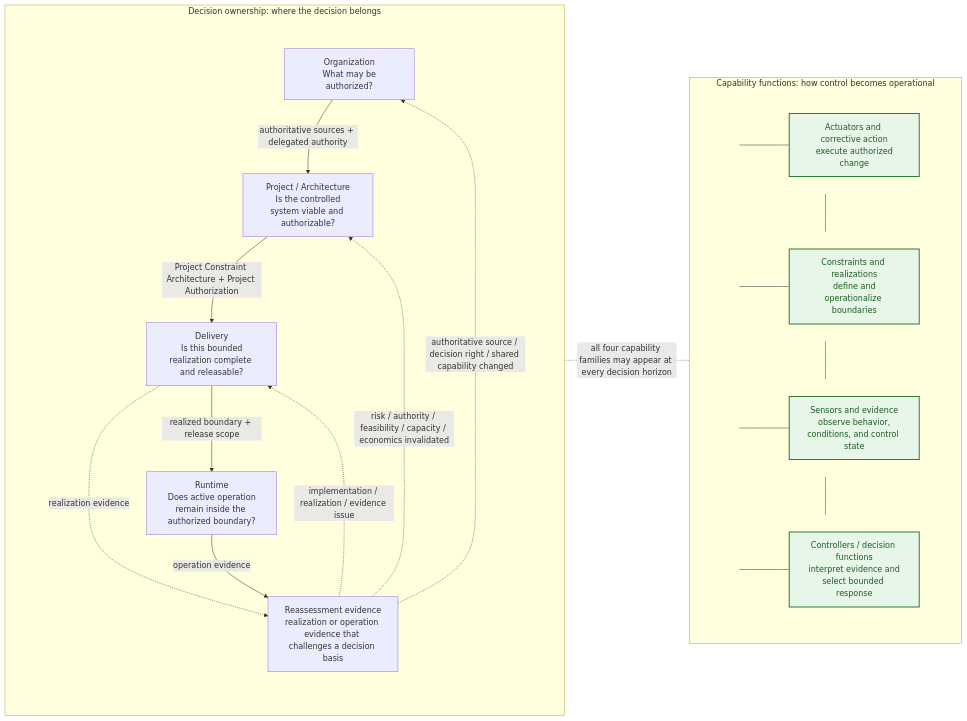
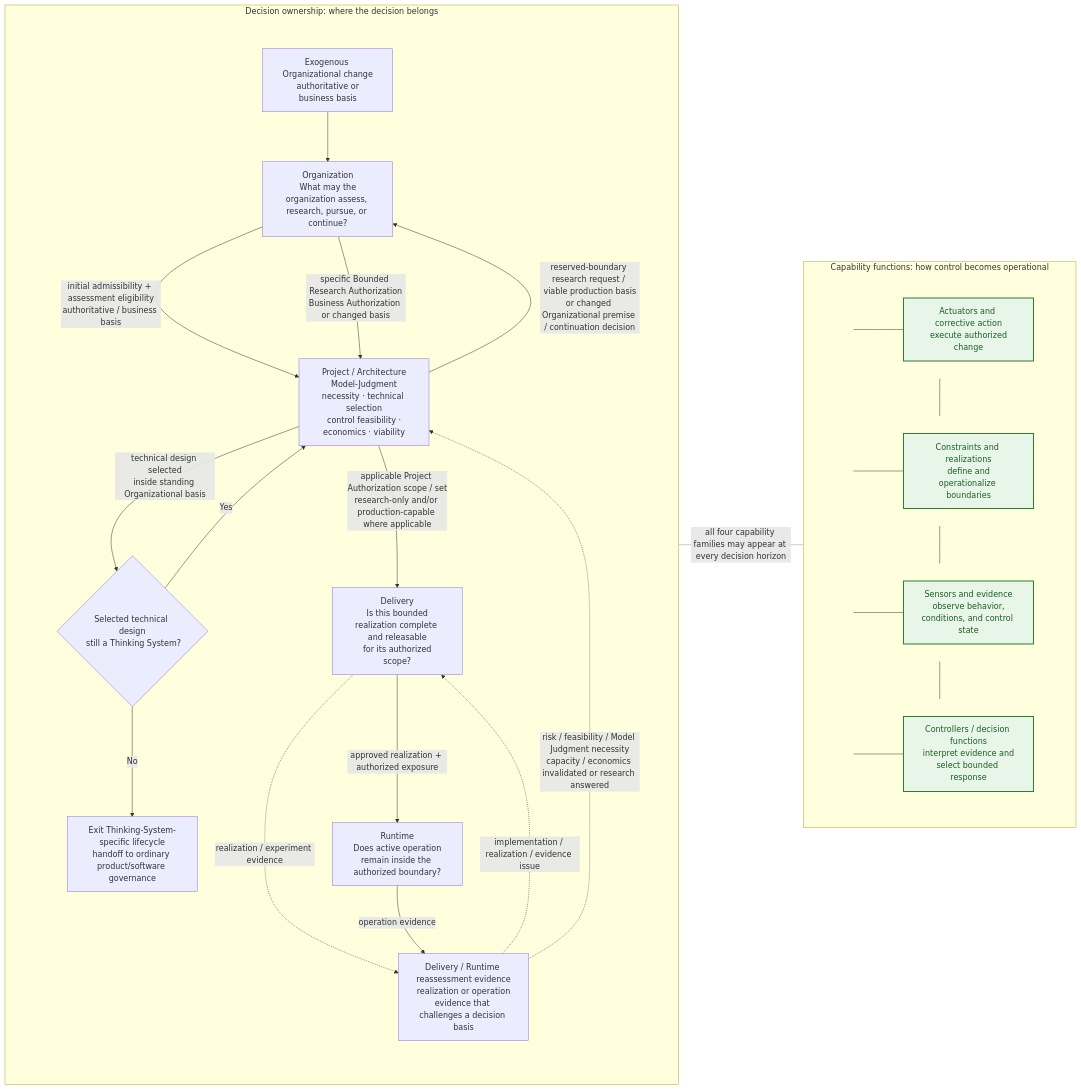
The ninth of 15 diagrams in content/research/notes/open-engineering-specification-article-draft.md (UncertaintyArchitectureGroup/uncertainty-architecture), drawn with Mermaid before and after one commit. The commit also changed other lines of this file and 6 other files, not shown here.

````diff
--- a/content/research/notes/open-engineering-specification-article-draft.md
+++ b/content/research/notes/open-engineering-specification-article-draft.md
@@ -500,63 +511,66 @@
 ```mermaid
 flowchart LR
     subgraph L["Decision ownership: where the decision belongs"]
         direction TB
         subgraph SPINE9[" "]
-  direction TB
-  O["Organization<br/> What may be authorized?"]
-  P["Project / Architecture<br/> Is the controlled system viable and authorizable?"]
-  D["Delivery<br/> Is this bounded realization complete and releasable?"]
-  R["Runtime<br/> Does active operation remain inside the authorized boundary?"]
-  E["Reassessment evidence<br/>realization or operation evidence that challenges a decision basis"]
+            direction TB
+            O["Organization<br/> What may the organization assess, research, pursue, or continue?"]
+            P["Project / Architecture<br/> Model-Judgment necessity · technical selection<br/> control feasibility · economics · viability"]
+            CAT{"Selected technical design<br/> still a Thinking System?"}
+            EXIT["Exit Thinking-System-specific lifecycle<br/>handoff to ordinary product/software governance"]
+            D["Delivery<br/> Is this bounded realization complete and releasable<br/> for its authorized scope?"]
+            R["Runtime<br/> Does active operation remain inside the authorized boundary?"]
+            E["Delivery / Runtime reassessment evidence<br/> realization or operation evidence that challenges a decision basis"]
+            X["Exogenous Organizational change<br/> authoritative or business basis"]
 
-  O -->|authoritative sources + delegated authority| P
-  P -->|Project Constraint Architecture + Project Authorization| D
-  D -->|realized boundary + release scope| R
-  D -.->|realization evidence| E
-  R -->|operation evidence| E
+            O -->|initial admissibility + assessment eligibility<br/>authoritative / business basis| P
+            P -->|technical design selected<br/>inside standing Organizational basis| CAT
+            CAT -->|No| EXIT
+            CAT -->|Yes| P
+            P -->|reserved-boundary research request / viable production basis<br/>or changed Organizational premise / continuation decision| O
+            O -->|specific Bounded Research Authorization<br/>Business Authorization or changed basis| P
+            P -->|applicable Project Authorization scope / set<br/>research-only and/or production-capable where applicable| D
+            D -->|approved realization + authorized exposure| R
+            D -.->|realization / experiment evidence| E
+            R -->|operation evidence| E
+            X --> O
         end
 
         E -.->|implementation / realization / evidence issue| D
-        E -.->|risk / authority / feasibility / capacity / economics invalidated| P
-        E -.->|authoritative source / decision right / shared capability changed| O
-
+        E -.->|risk / feasibility / Model Judgment necessity<br/>capacity / economics invalidated or research answered| P
         style SPINE9 fill:none,stroke:none
     end
 
     subgraph F["Capability functions: how control becomes operational"]
         direction TB
-
         subgraph F1[" "]
-  direction LR
-  J1(( )) --- A["Actuators and corrective action<br/> execute authorized change"]
+            direction LR
+            J1(( )) --- A["Actuators and corrective action<br/> execute authorized change"]
         end
         subgraph F2[" "]
-  direction LR
-  J2(( )) --- K["Constraints and realizations<br/> define and operationalize boundaries"]
+            direction LR
+            J2(( )) --- K["Constraints and realizations<br/> define and operationalize boundaries"]
         end
         subgraph F3[" "]
-  direction LR
-  J3(( )) --- S["Sensors and evidence<br/> observe behavior, conditions, and control state"]
+            direction LR
+            J3(( )) --- S["Sensors and evidence<br/> observe behavior, conditions, and control state"]
         end
         subgraph F4[" "]
-  direction LR
-  J4(( )) --- C["Controllers / decision functions<br/> interpret evidence and select bounded response"]
+            direction LR
+            J4(( )) --- C["Controllers / decision functions<br/> interpret evidence and select bounded response"]
         end
-
         J1 --- J2
         J2 --- J3
         J3 --- J4
-
         style F1 fill:none,stroke:none
         style F2 fill:none,stroke:none
         style F3 fill:none,stroke:none
         style F4 fill:none,stroke:none
     end
 
     L -. "all four capability families may appear at every decision horizon" .- F
-
     classDef capability fill:#e8f5e9,stroke:#2e7d32,stroke-width:2px,color:#1b5e20;
     classDef railpoint fill:transparent,stroke:transparent,color:transparent;
     class A,K,S,C capability;
     class J1,J2,J3,J4 railpoint;
 ```
````
